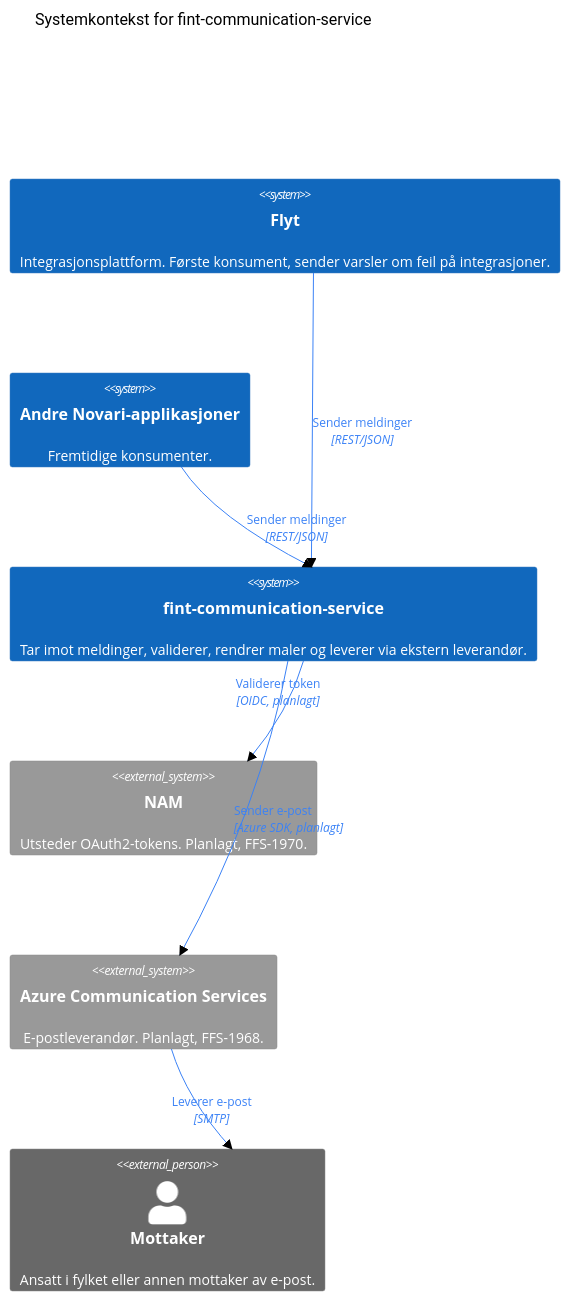
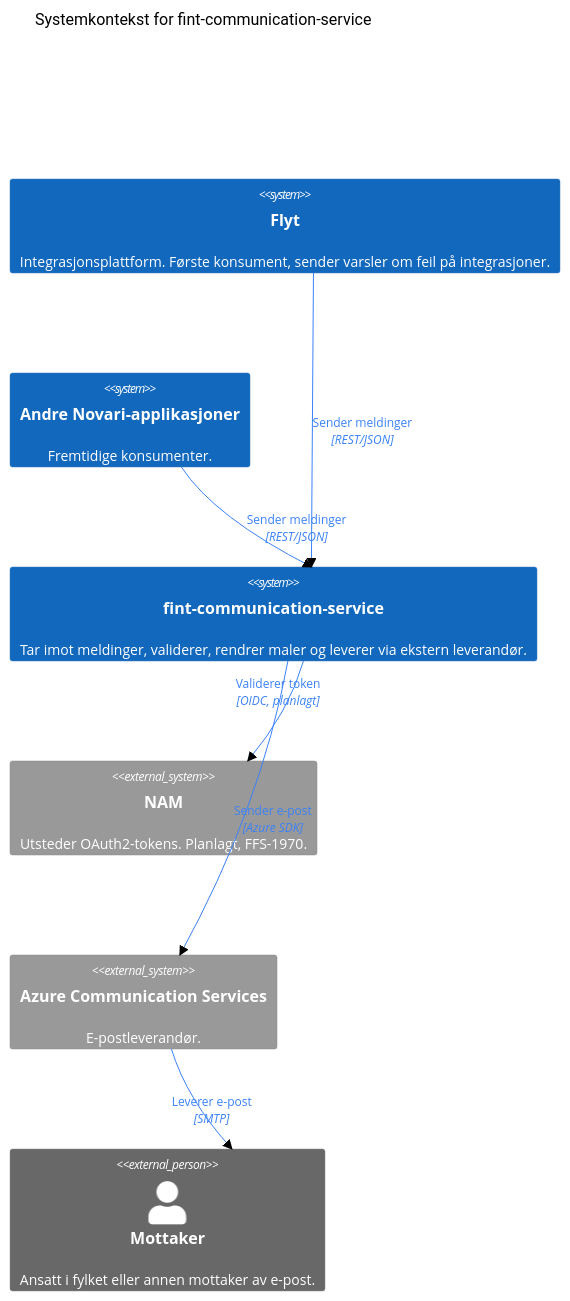
Before and after one commit to FINTLabs/fint-communication-service: the first of 14 diagrams in docs/architecture.md, drawn with Mermaid (forest theme). The commit also changed other lines of this file and 39 other files, not shown here.

First line of the commit message:
feat: e-post via Azure Communication Services med utsendingskø

````diff
--- a/docs/architecture.md
+++ b/docs/architecture.md
@@ -36,24 +36,24 @@
 ```mermaid
 C4Context
     title Systemkontekst for fint-communication-service
 
     System(flyt, "Flyt", "Integrasjonsplattform. Første konsument, sender varsler om feil på integrasjoner.")
     System(andre, "Andre Novari-applikasjoner", "Fremtidige konsumenter.")
     System(comm, "fint-communication-service", "Tar imot meldinger, validerer, rendrer maler og leverer via ekstern leverandør.")
     System_Ext(nam, "NAM", "Utsteder OAuth2-tokens. Planlagt, FFS-1970.")
-    System_Ext(acs, "Azure Communication Services", "E-postleverandør. Planlagt, FFS-1968.")
+    System_Ext(acs, "Azure Communication Services", "E-postleverandør.")
     Person_Ext(mottaker, "Mottaker", "Ansatt i fylket eller annen mottaker av e-post.")
 
     Rel(flyt, comm, "Sender meldinger", "REST/JSON")
     Rel(andre, comm, "Sender meldinger", "REST/JSON")
     Rel(comm, nam, "Validerer token", "OIDC, planlagt")
-    Rel(comm, acs, "Sender e-post", "Azure SDK, planlagt")
+    Rel(comm, acs, "Sender e-post", "Azure SDK")
     Rel(acs, mottaker, "Leverer e-post", "SMTP")
 
     UpdateRelStyle(flyt, comm, $textColor="#3B82F6", $lineColor="#3B82F6")
     UpdateRelStyle(andre, comm, $textColor="#3B82F6", $lineColor="#3B82F6")
     UpdateRelStyle(comm, nam, $textColor="#3B82F6", $lineColor="#3B82F6", $offsetY="-30", $offsetX="-40")
     UpdateRelStyle(comm, acs, $textColor="#3B82F6", $lineColor="#3B82F6")
     UpdateRelStyle(acs, mottaker, $textColor="#3B82F6", $lineColor="#3B82F6", $offsetX="-30")
     UpdateLayoutConfig($c4ShapeInRow="2", $c4BoundaryInRow="1")
 ```
````
